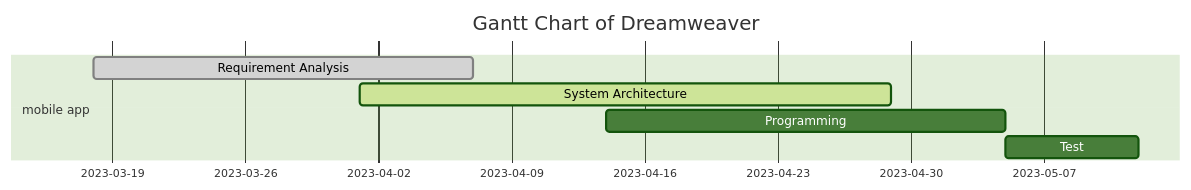
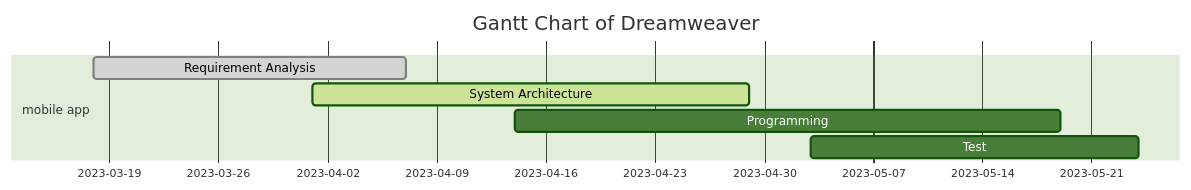
The diagram in README.md (DreamweaverDSD/DSD), drawn with Mermaid (forest theme) before and after one commit. The commit also changed other lines of this file, not shown here.

````diff
--- a/README.md
+++ b/README.md
@@ -57,10 +61,10 @@
 ```mermaid
 gantt
 title Gantt Chart of Dreamweaver
 dateFormat YY-MM-DD
 section mobile app
 Requirement Analysis  :done, requirement analysis, 23-03-18, 23-04-07
 System Architecture   :active, system architecture, 23-04-01, 28d
-Programming           :programming, 23-04-14, 21d
-Test                  :test, after programming, 7d
+Programming           :programming, 23-04-14, 35d
+Test                  :test, 23-05-03, 21d
 ```
````
